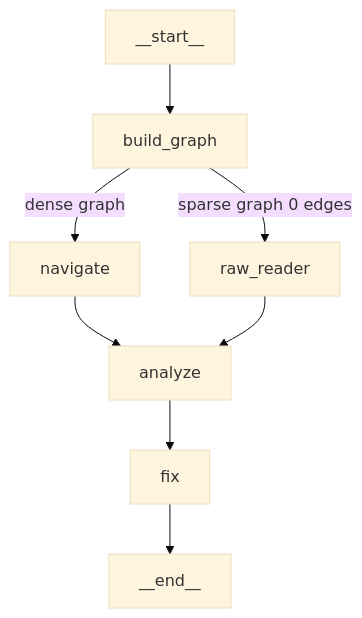
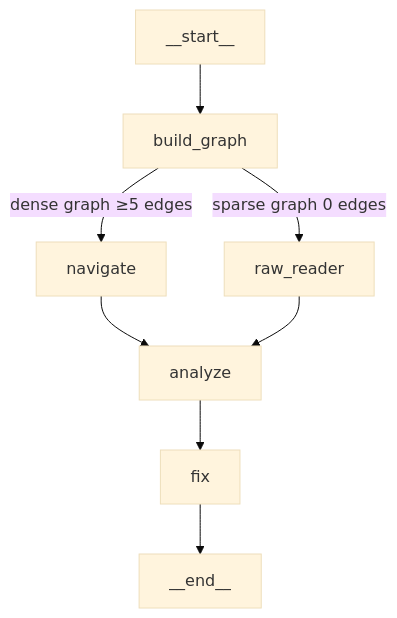
One commit to AhmadKais/reverse-engineering changed the diagram in README.md. Above: the diagram before and after it, drawn with Mermaid (base theme). The commit also changed other lines of this file and 119 other files, not shown here.

````diff
--- a/README.md
+++ b/README.md
@@ -106,10 +106,10 @@
 ```mermaid
 graph TD
     __start__ --> build_graph
-    build_graph -->|dense graph| navigate
+    build_graph -->|dense graph ≥5 edges| navigate
     build_graph -->|sparse graph 0 edges| raw_reader
     navigate --> analyze
     raw_reader --> analyze
     analyze --> fix
     fix --> __end__
 ```
````
